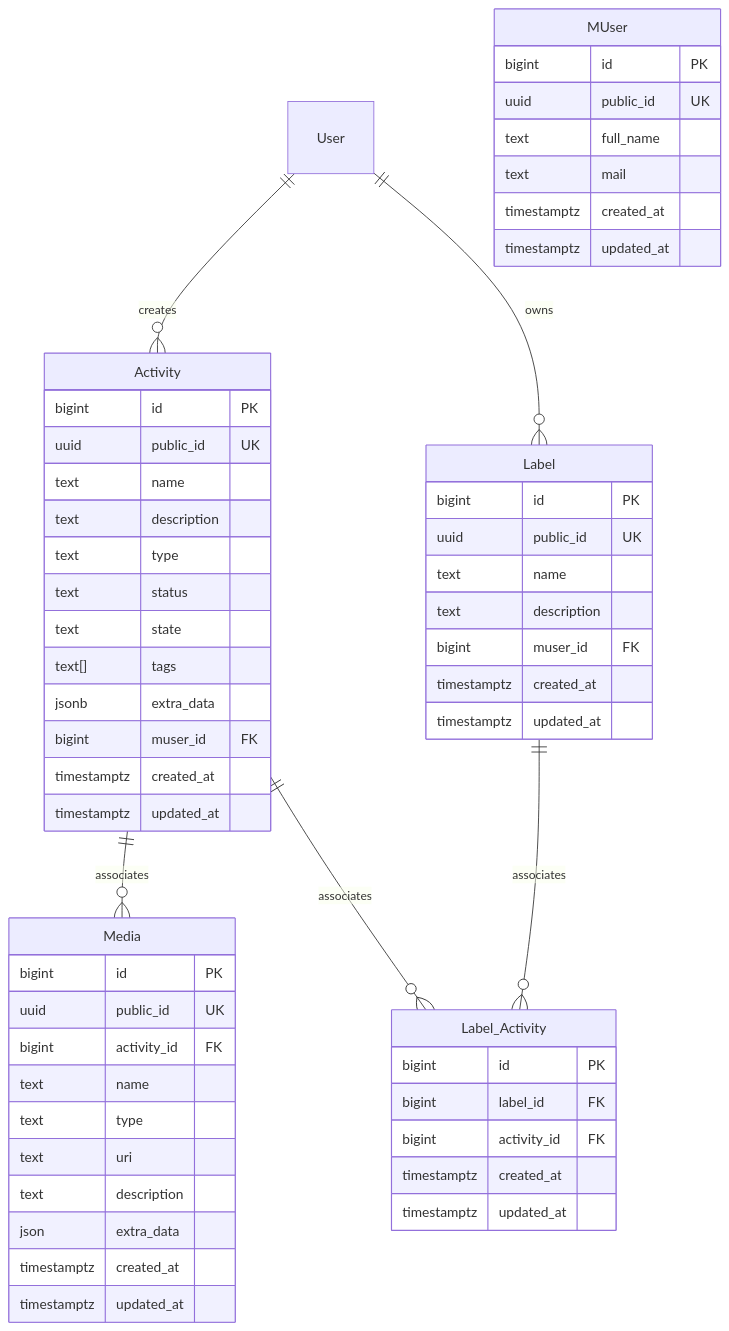
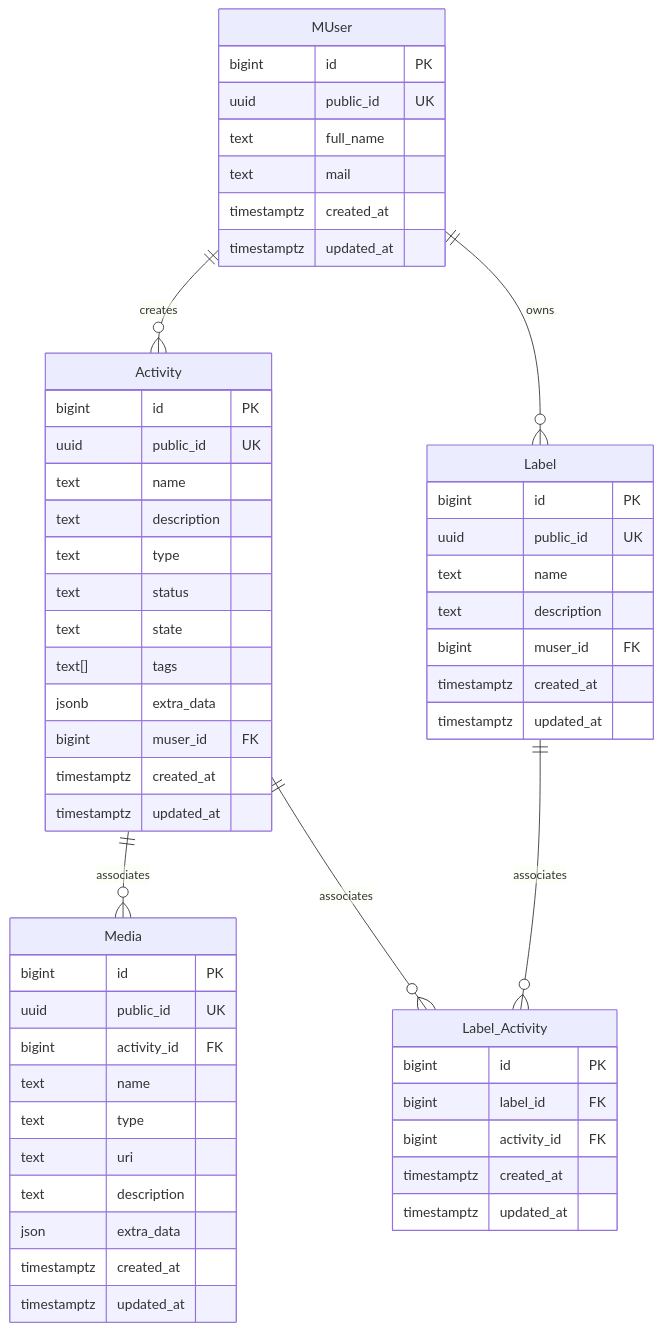
Before and after one commit to andrescosta/todo-spring-react: the diagram in Project.MD, drawn with Mermaid.

Commit message:
improved references

````diff
--- a/Project.MD
+++ b/Project.MD
@@ -7,61 +7,61 @@
 ```mermaid
 erDiagram
-  User ||--o{ Activity : creates
+  MUser ||--o{ Activity : creates
   Activity ||--o{ Media : associates
   Activity ||--o{ Label_Activity : associates
-  User ||--o{ Label: owns
+  MUser ||--o{ Label: owns
   Label ||--o{ Label_Activity : associates
 
   MUser {
       bigint id PK
       uuid public_id UK
       text full_name
       text mail
       timestamptz created_at
       timestamptz updated_at
   }
   Activity {
     bigint id PK
     uuid public_id UK
     text name
     text description
     text type
     text status
     text state
     text[] tags
     jsonb extra_data
     bigint muser_id FK
     timestamptz created_at
     timestamptz updated_at
   }
   
   Label {
     bigint id PK
     uuid public_id UK
     text name
     text description
     bigint muser_id FK
     timestamptz created_at
     timestamptz updated_at
   }
 
   Media {
     bigint id PK
     uuid public_id UK
     bigint activity_id FK
     text name
     text type
     text uri
     text description
     json extra_data
     timestamptz created_at
     timestamptz updated_at
   }
   Label_Activity {
     bigint id PK
     bigint label_id FK
     bigint activity_id FK
     timestamptz created_at
     timestamptz updated_at
   }
 ```
````
